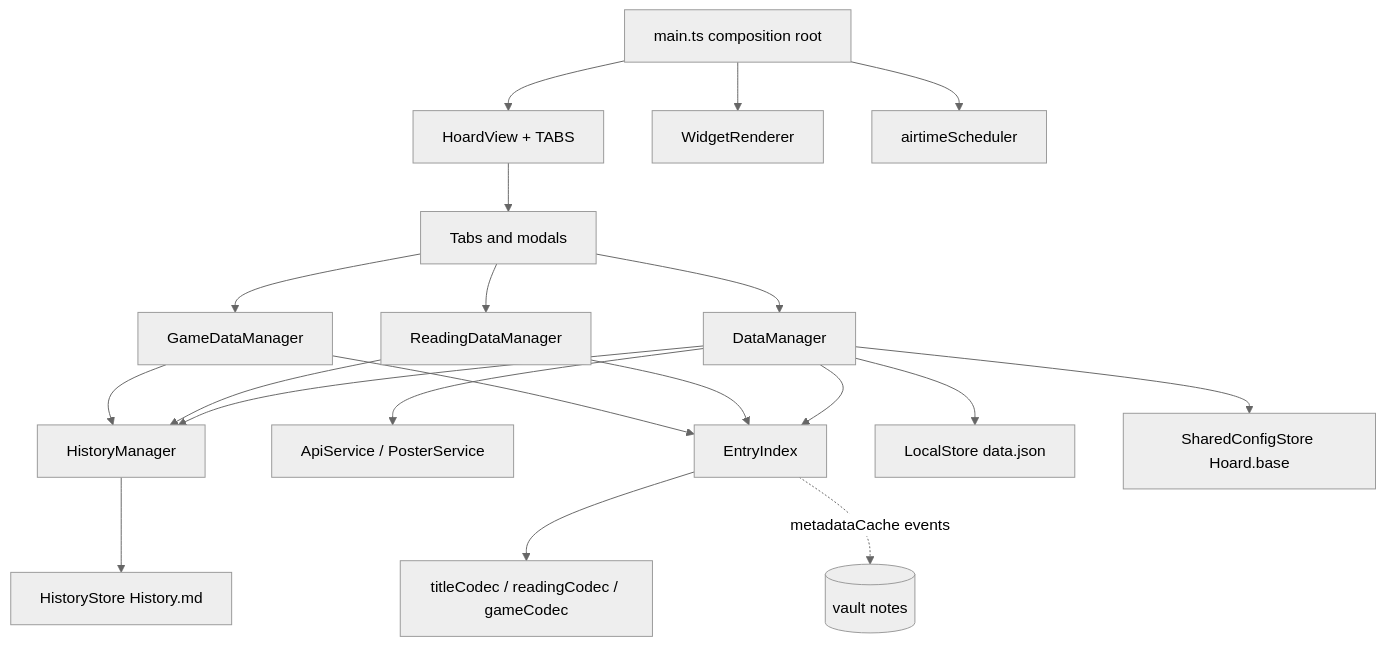
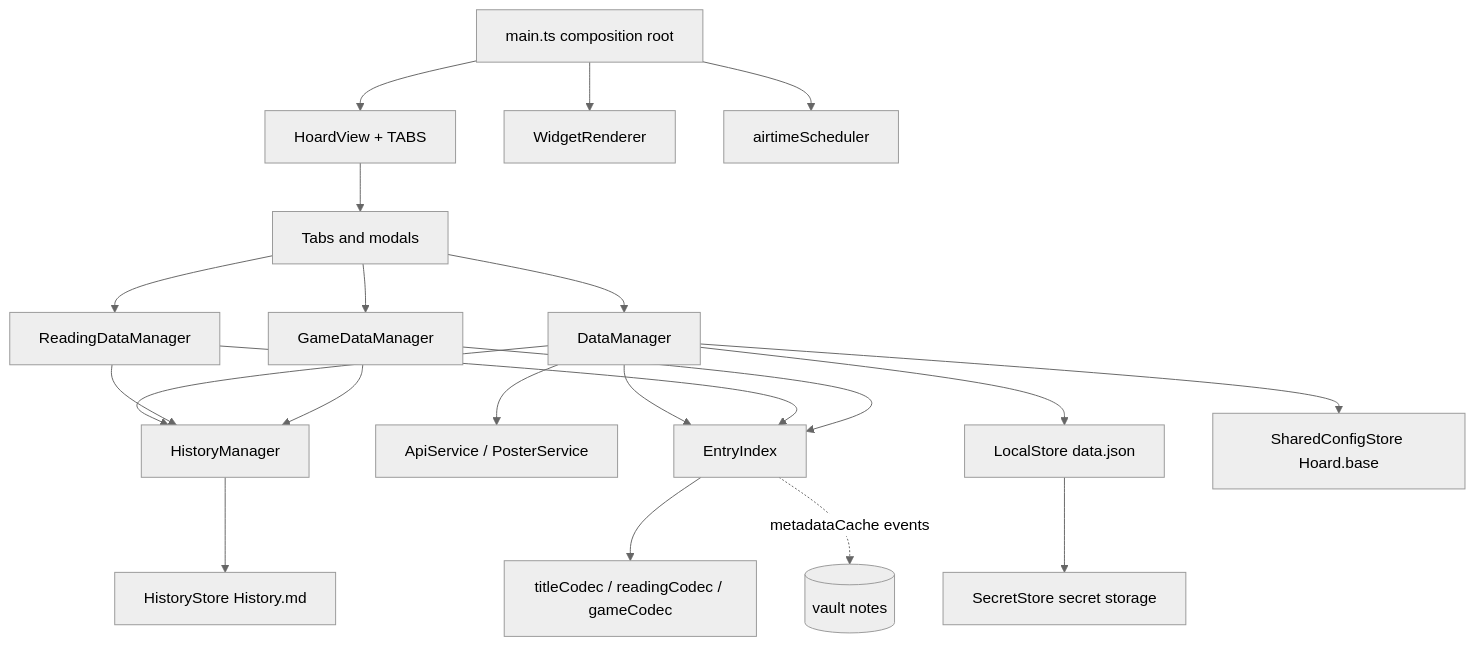
The diagram in docs/architecture/overview.md (Macavity/obsidian-hoard), drawn with Mermaid (neutral theme) before and after one commit. The commit also changed other lines of this file and 9 other files, not shown here.

Commit message:
docs(wiki): secret storage and vault API writes

````diff
--- a/docs/architecture/overview.md
+++ b/docs/architecture/overview.md
@@ -21,22 +21,23 @@
 ```mermaid
 flowchart TD
   main[main.ts composition root] --> View[HoardView + TABS]
   main --> WR[WidgetRenderer]
   main --> Sched[airtimeScheduler]
   View --> Tabs[Tabs and modals]
   Tabs --> DM[DataManager]
   Tabs --> RDM[ReadingDataManager]
   Tabs --> GDM[GameDataManager]
   DM --> HM[HistoryManager]
   RDM --> HM
   GDM --> HM
   DM --> API[ApiService / PosterService]
   DM --> Idx[EntryIndex]
   RDM --> Idx
   GDM --> Idx
   Idx --> Codecs[titleCodec / readingCodec / gameCodec]
   DM --> Local[LocalStore data.json]
+  Local --> Sec[SecretStore secret storage]
   DM --> Shared[SharedConfigStore Hoard.base]
   HM --> HS[HistoryStore History.md]
   Idx -. metadataCache events .-> Vault[(vault notes)]
 ```
````
